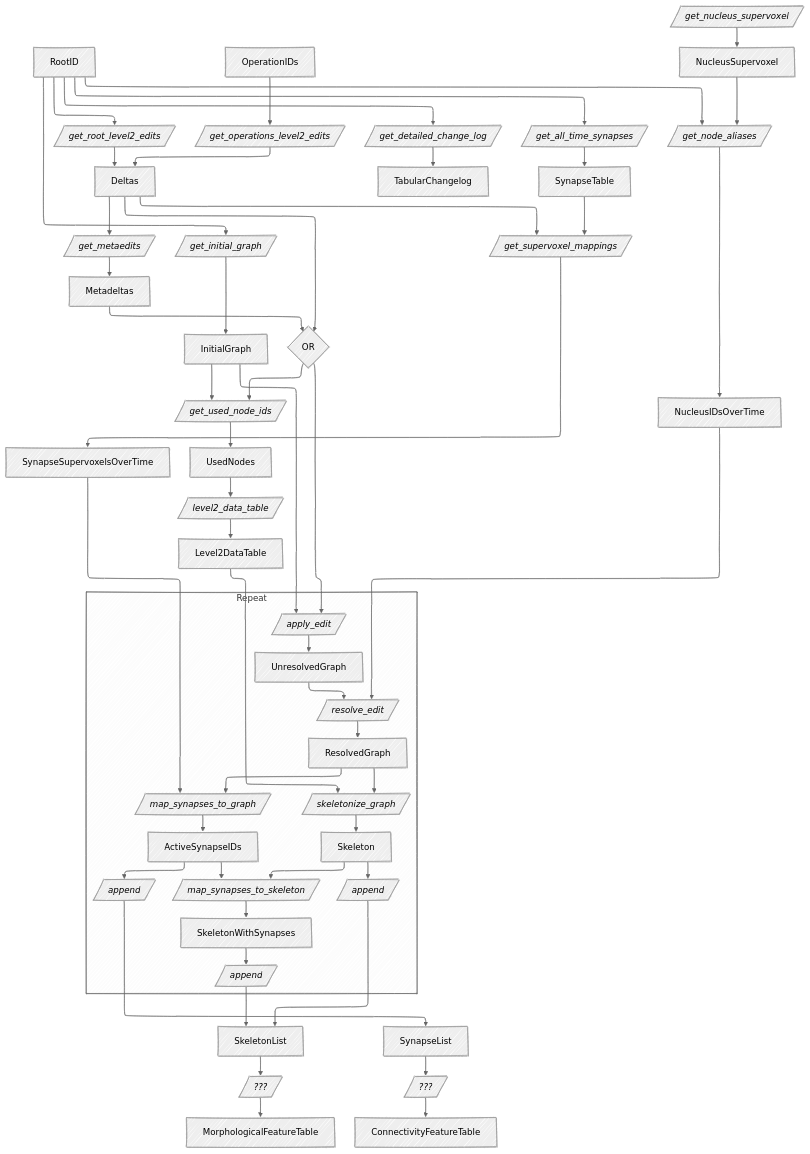
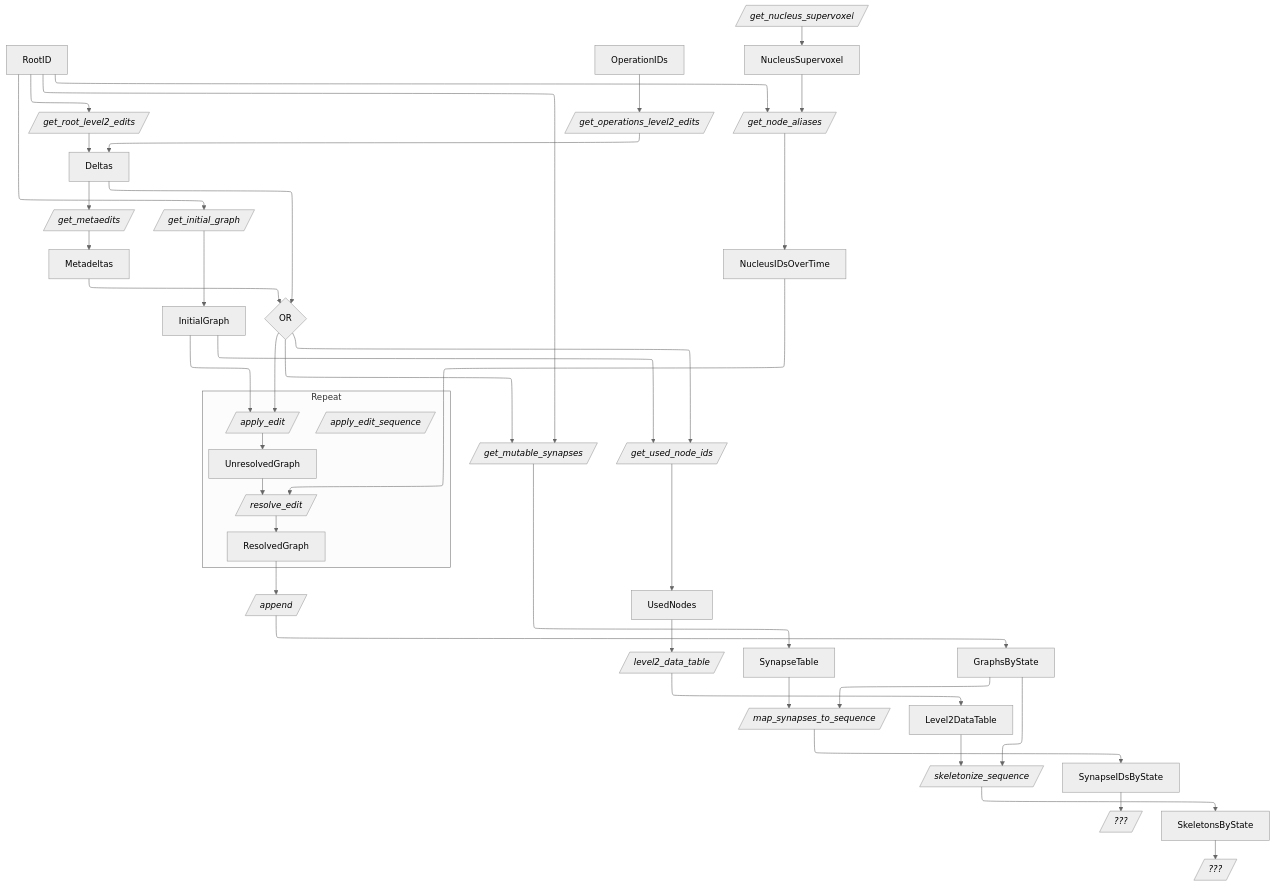
Before and after one commit to bdpedigo/paleo: the diagram in docs/map.md, drawn with Mermaid. The commit also changed 3 other files, not shown here.

````diff
--- a/docs/map.md
+++ b/docs/map.md
@@ -14,57 +14,48 @@
 ---
 config:
   layout: elk
-  look: handDrawn
+  <!-- look: handDrawn -->
   theme: neutral
 ---
 graph TD;
     get_root_level2_edits[/"`_get_root_level2_edits_`"/]
     get_operations_level2_edits[/"`_get_operations_level2_edits_`"/]
-    get_detailed_change_log[/"`_get_detailed_change_log_`"/]
     get_metaedits[/"`_get_metaedits_`"/]
     apply_edit[/"`_apply_edit_`"/]
     get_initial_graph[/"`_get_initial_graph_`"/]
     resolve_edit[/"`_resolve_edit_`"/]
     get_nucleus_supervoxel[/"`_get_nucleus_supervoxel_`"/]
-    skeletonize_graph[/"`_skeletonize_graph_`"/]
-    get_all_time_synapses[/"`_get_all_time_synapses_`"/]
-    map_synapses_to_graph[/"`_map_synapses_to_graph_`"/]
-    get_supervoxel_mappings[/"`_get_supervoxel_mappings_`"/]
-    map_synapses_to_skeleton[/"`_map_synapses_to_skeleton_`"/]
+    get_mutable_synapses[/"`_get_mutable_synapses_`"/]
     get_used_node_ids[/"`_get_used_node_ids_`"/]
     get_node_aliases[/"`_get_node_aliases_`"/]
     get_level2_data_table[/"`_level2_data_table_`"/]
+    apply_edit_sequence[/"`_apply_edit_sequence_`"/]
+    skeletonize_sequence[/"`_skeletonize_sequence_`"/]
+    map_synapses_to_sequence[/"`_map_synapses_to_sequence_`"/]
     append1[/"`_append_`"/]
-    append2[/"`_append_`"/]
-    append3[/"`_append_`"/]
     ???1[/"`_???_`"/]
     ???2[/"`_???_`"/]
 
     click get_root_level2_edits "../reference/#paleo.get_root_level2_edits"
     click get_operations_level2_edits "../reference/#paleo.get_operations_level2_edits"
-    click get_detailed_change_log "../reference/#paleo.get_detailed_change_log"
     click get_metaedits "../reference/#paleo.get_metaedits"
     click apply_edit "../reference/#paleo.apply_edit"
     click get_initial_graph "../reference/#paleo.get_initial_graph"
     click resolve_edit "../reference/#paleo.resolve_edit"
     click get_nucleus_supervoxel "../reference/#paleo.get_nucleus_supervoxel"
-    click skeletonize_graph "../reference/#paleo.skeletonize_graph"
-    click get_all_time_synapses "../reference/#paleo.get_all_time_synapses"
+    click get_mutable_synapses "../reference/#paleo.get_mutable_synapses"
     click map_synapses_to_graph "../reference/#paleo.map_synapses_to_graph"
-    click get_supervoxel_mappings "../reference/#paleo.get_supervoxel_mappings"
-    click map_synapses_to_skeleton "../reference/#paleo.map_synapses_to_skeleton"
     click get_used_node_ids "../reference/#paleo.get_used_node_ids"
     click get_node_aliases "../reference/#paleo.get_node_aliases"
     click get_level2_data_table "https://caveconnectome.github.io/CAVEclient/api/l2cache/#caveclient.l2cache.L2CacheClient.get_l2data_table"
+    click apply_edit_sequence "../reference/#paleo.apply_edit_sequence"
+    click skeletonize_sequence "../reference/#paleo.skeletonize_sequence"
 
     RootID-->get_root_level2_edits;
     get_root_level2_edits-->Deltas;
 
     OperationIDs-->get_operations_level2_edits;
     get_operations_level2_edits-->Deltas;
-
-    RootID-->get_detailed_change_log;
-    get_detailed_change_log-->TabularChangelog;
 
     Deltas-->get_metaedits;
     get_metaedits-->Metadeltas;
@@ -86,52 +77,35 @@
 
     NucleusIDsOverTime-->resolve_edit;
 
-    RootID-->get_all_time_synapses;
-    get_all_time_synapses-->SynapseTable;
-
-    SynapseTable-->get_supervoxel_mappings;
-    Deltas-->get_supervoxel_mappings;
-    get_supervoxel_mappings-->SynapseSupervoxelsOverTime;
-
-    SynapseSupervoxelsOverTime-->map_synapses_to_graph;
+    RootID-->get_mutable_synapses;
+    AnyDelta-->get_mutable_synapses;
+    get_mutable_synapses-->SynapseTable;
 
     InitialGraph-->get_used_node_ids;
     AnyDelta-->get_used_node_ids;
     get_used_node_ids-->UsedNodes;
     UsedNodes-->get_level2_data_table;
     get_level2_data_table-->Level2DataTable;
-    Level2DataTable-->skeletonize_graph;
 
     subgraph Repeat
+        apply_edit_sequence[/"`_apply_edit_sequence_`"/]
+
         apply_edit-->UnresolvedGraph;
         UnresolvedGraph-->resolve_edit;
         resolve_edit-->ResolvedGraph;
-
-        ResolvedGraph-->skeletonize_graph;
-        skeletonize_graph-->Skeleton;
-        Skeleton-->append1
-
-        ResolvedGraph-->map_synapses_to_graph;
-        map_synapses_to_graph-->ActiveSynapseIDs;
-
-        ActiveSynapseIDs-->append2
-
-        ActiveSynapseIDs-->map_synapses_to_skeleton
-
-        Skeleton-->map_synapses_to_skeleton
-        map_synapses_to_skeleton-->SkeletonWithSynapses
-
-        SkeletonWithSynapses-->append3
     end
 
-    append1-->SkeletonList
-    append2-->SynapseList
-    append3-->SkeletonList
+    ResolvedGraph-->append1;
+    append1-->GraphsByState;
 
-    SkeletonList-->???1
-    ???1-->MorphologicalFeatureTable;
+    GraphsByState-->skeletonize_sequence;
+    Level2DataTable-->skeletonize_sequence;
+    skeletonize_sequence-->SkeletonsByState;
 
-    SynapseList-->???2
-    ???2-->ConnectivityFeatureTable;
+    GraphsByState-->map_synapses_to_sequence;
+    SynapseTable-->map_synapses_to_sequence;
+    map_synapses_to_sequence-->SynapseIDsByState;
 
+    SkeletonsByState-->???1;
+    SynapseIDsByState-->???2;
 ```
````
